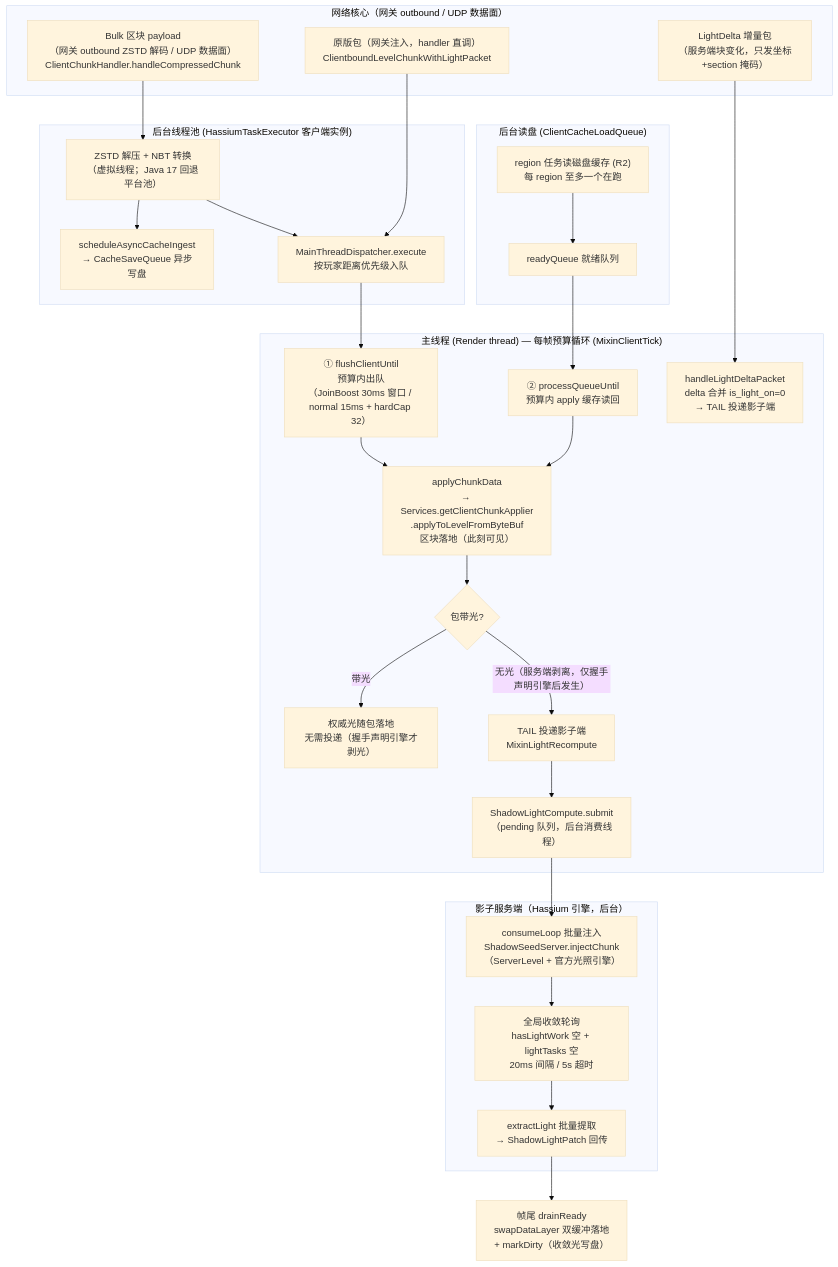
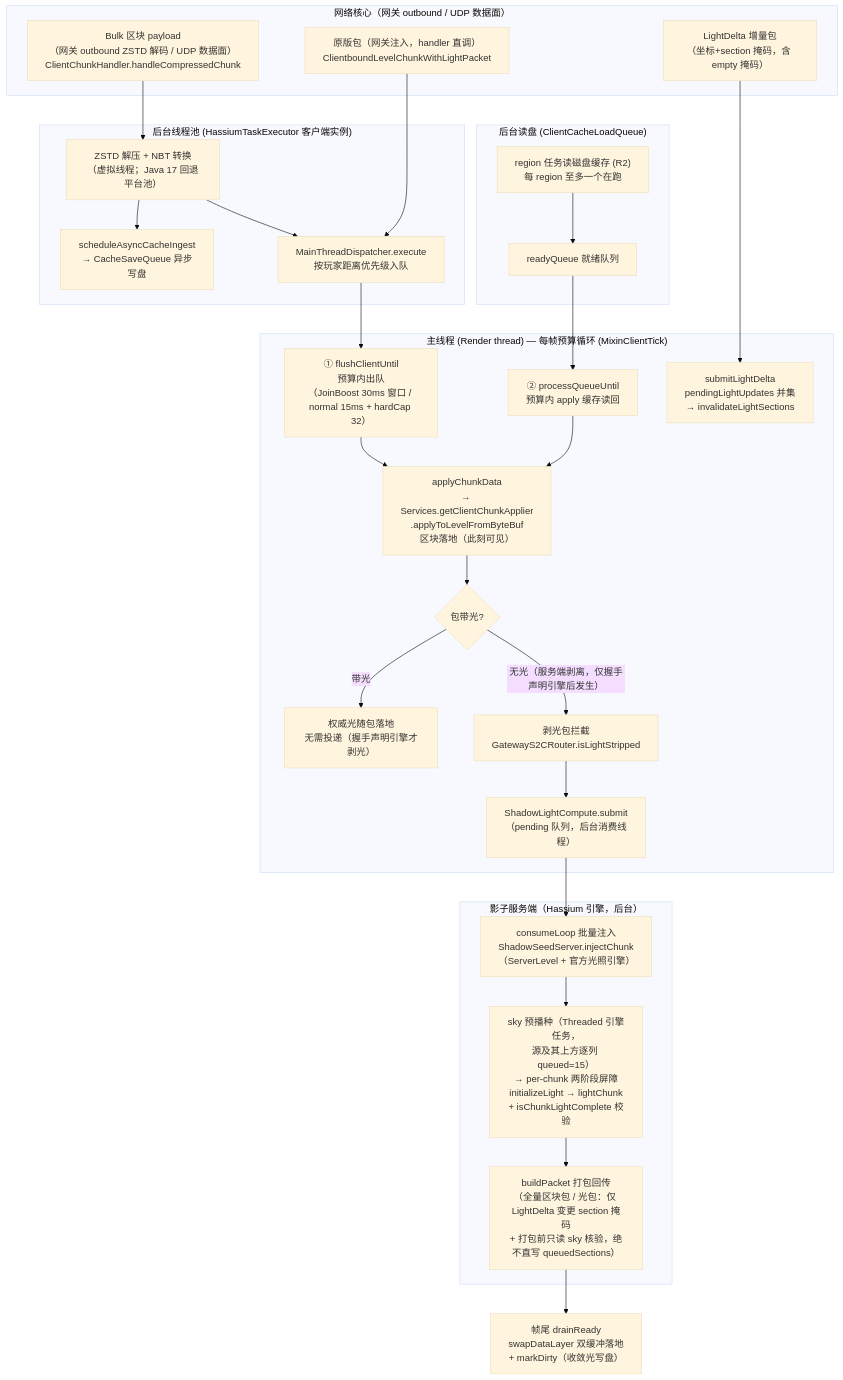
The diagram in docs/client-chunk-light-flow.md (limuqy/Hassium), drawn with Mermaid (base theme) before and after one commit. The commit also changed other lines of this file and 20 other files, not shown here.

````diff
--- a/docs/client-chunk-light-flow.md
+++ b/docs/client-chunk-light-flow.md
@@ -17,51 +17,51 @@
 ```mermaid
 flowchart TD
     subgraph GW["网络核心（网关 outbound / UDP 数据面）"]
         A["Bulk 区块 payload<br/>（网关 outbound ZSTD 解码 / UDP 数据面）<br/>ClientChunkHandler.handleCompressedChunk"]
         B["原版包（网关注入，handler 直调）<br/>ClientboundLevelChunkWithLightPacket"]
-        C["LightDelta 增量包<br/>（服务端块变化，只发坐标+section 掩码）"]
+        C["LightDelta 增量包<br/>（坐标+section 掩码，含 empty 掩码）"]
     end
 
     subgraph BG["后台线程池 (HassiumTaskExecutor 客户端实例)"]
         D["ZSTD 解压 + NBT 转换<br/>（虚拟线程；Java 17 回退平台池）"]
         E["scheduleAsyncCacheIngest<br/>→ CacheSaveQueue 异步写盘"]
         F["MainThreadDispatcher.execute<br/>按玩家距离优先级入队"]
     end
 
     subgraph BG2["后台读盘 (ClientCacheLoadQueue)"]
         U["region 任务读磁盘缓存 (R2)<br/>每 region 至多一个在跑"]
         V["readyQueue 就绪队列"]
     end
 
     subgraph MAIN["主线程 (Render thread) — 每帧预算循环 (MixinClientTick)"]
         G["① flushClientUntil<br/>预算内出队<br/>（JoinBoost 30ms 窗口 / normal 15ms + hardCap 32）"]
         G2["② processQueueUntil<br/>预算内 apply 缓存读回"]
         H["applyChunkData<br/>→ Services.getClientChunkApplier<br/>.applyToLevelFromByteBuf<br/>区块落地（此刻可见）"]
         I{"包带光?"}
         J["权威光随包落地<br/>无需投递（握手声明引擎才剥光）"]
-        K["TAIL 投递影子端<br/>MixinLightRecompute"]
+        K["剥光包拦截<br/>GatewayS2CRouter.isLightStripped"]
         K2["ShadowLightCompute.submit<br/>（pending 队列，后台消费线程）"]
-        P["handleLightDeltaPacket<br/>delta 合并 is_light_on=0<br/>→ TAIL 投递影子端"]
+        P["submitLightDelta<br/>pendingLightUpdates 并集<br/>→ invalidateLightSections"]
     end
 
     subgraph SHADOW["影子服务端（Hassium 引擎，后台）"]
         Q["consumeLoop 批量注入<br/>ShadowSeedServer.injectChunk<br/>（ServerLevel + 官方光照引擎）"]
-        R["全局收敛轮询<br/>hasLightWork 空 + lightTasks 空<br/>20ms 间隔 / 5s 超时"]
-        S["extractLight 批量提取<br/>→ ShadowLightPatch 回传"]
+        R["sky 预播种（Threaded 引擎任务，<br/>源及其上方逐列 queued=15）<br/>→ per-chunk 两阶段屏障<br/>initializeLight → lightChunk<br/>+ isChunkLightComplete 校验"]
+        S["buildPacket 打包回传<br/>（全量区块包 / 光包：仅 LightDelta 变更 section 掩码<br/>+ 打包前只读 sky 核验，绝不直写 queuedSections）"]
     end
 
     A --> D --> E
     D --> F
     B --> F
     U --> V
     F --> G
     V --> G2
     G --> H
     G2 --> H
     H --> I
     I -- "带光" --> J
     I -- "无光（服务端剥离，仅握手声明引擎后发生）" --> K
     K --> K2 --> Q --> R --> S
     C --> P
     S --> T["帧尾 drainReady<br/>swapDataLayer 双缓冲落地<br/>+ markDirty（收敛光写盘）"]
 ```
````
